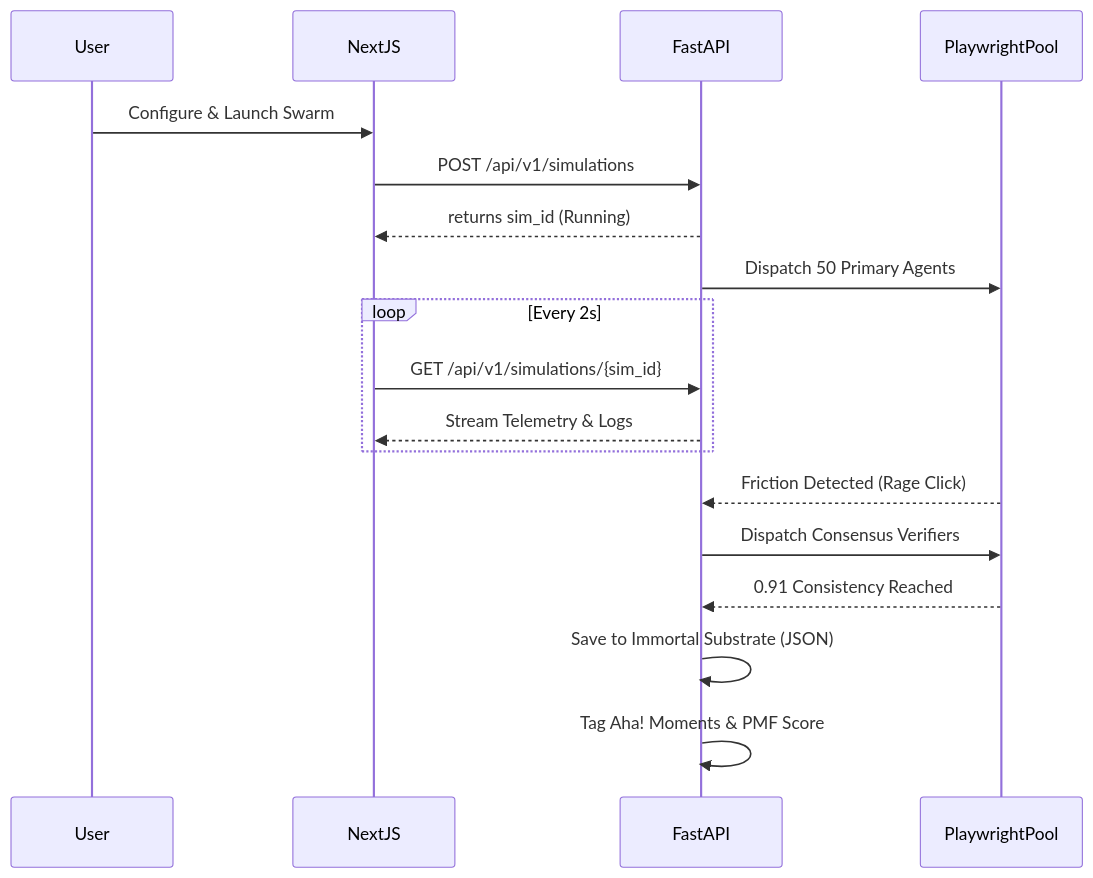
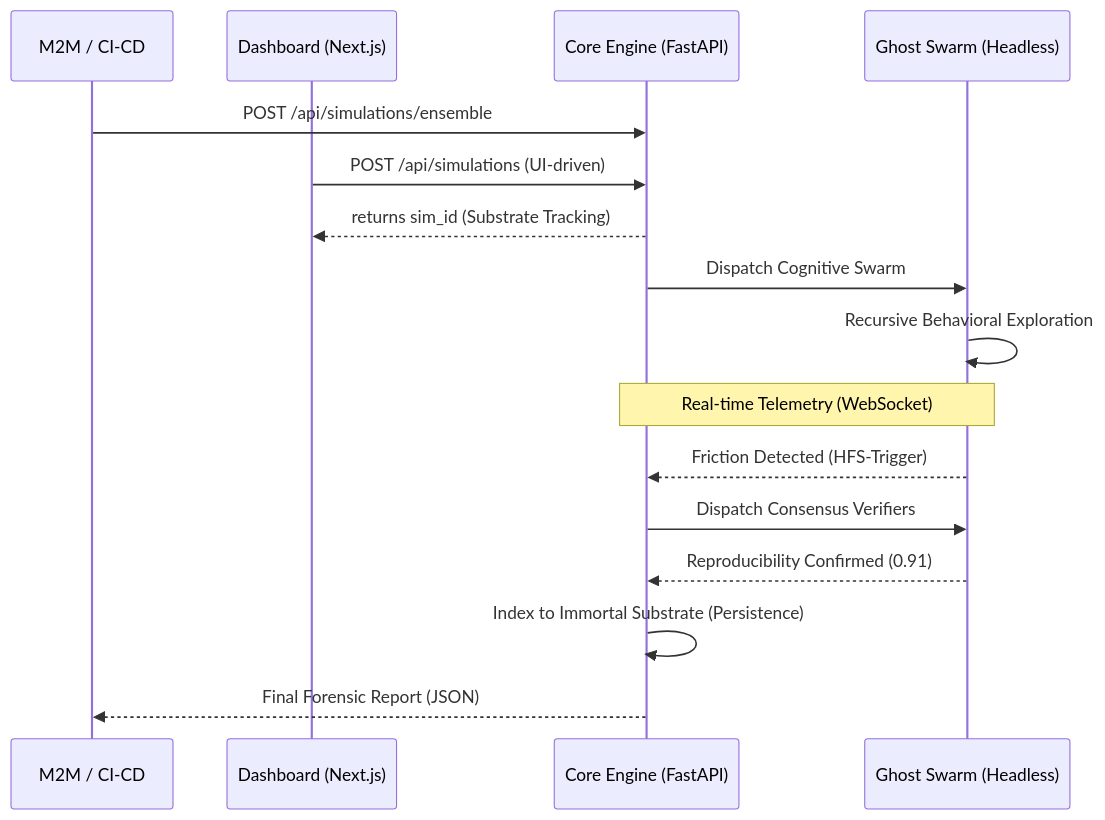
The diagram in docs/architecture.md (vkworkofficial/phantom-ai-landing), drawn with Mermaid before and after one commit. The commit also changed other lines of this file and 4 other files, not shown here.

````diff
--- a/docs/architecture.md
+++ b/docs/architecture.md
@@ -32,21 +30,23 @@
 ```mermaid
 sequenceDiagram
-    participant User
-    participant NextJS
-    participant FastAPI
-    participant PlaywrightPool
+    participant CLI as M2M / CI-CD
+    participant App as Dashboard (Next.js)
+    participant Core as Core Engine (FastAPI)
+    participant Swarm as Ghost Swarm (Headless)
+
+    CLI->>Core: POST /api/simulations/ensemble
+    App->>Core: POST /api/simulations (UI-driven)
+    Core-->>App: returns sim_id (Substrate Tracking)
     
-    User->>NextJS: Configure & Launch Swarm
-    NextJS->>FastAPI: POST /api/v1/simulations
-    FastAPI-->>NextJS: returns sim_id (Running)
-    FastAPI->>PlaywrightPool: Dispatch 50 Primary Agents
-    loop Every 2s
-        NextJS->>FastAPI: GET /api/v1/simulations/{sim_id}
-        FastAPI-->>NextJS: Stream Telemetry & Logs
-    end
-    PlaywrightPool-->>FastAPI: Friction Detected (Rage Click)
-    FastAPI->>PlaywrightPool: Dispatch Consensus Verifiers
-    PlaywrightPool-->>FastAPI: 0.91 Consistency Reached
-    FastAPI->>FastAPI: Save to Immortal Substrate (JSON)
-    FastAPI->>FastAPI: Tag Aha! Moments & PMF Score
+    Core->>Swarm: Dispatch Cognitive Swarm
+    Swarm->>Swarm: Recursive Behavioral Exploration
+    
+    Note over Swarm, Core: Real-time Telemetry (WebSocket)
+    
+    Swarm-->>Core: Friction Detected (HFS-Trigger)
+    Core->>Swarm: Dispatch Consensus Verifiers
+    Swarm-->>Core: Reproducibility Confirmed (0.91)
+    
+    Core->>Core: Index to Immortal Substrate (Persistence)
+    Core-->>CLI: Final Forensic Report (JSON)
 ```
````
